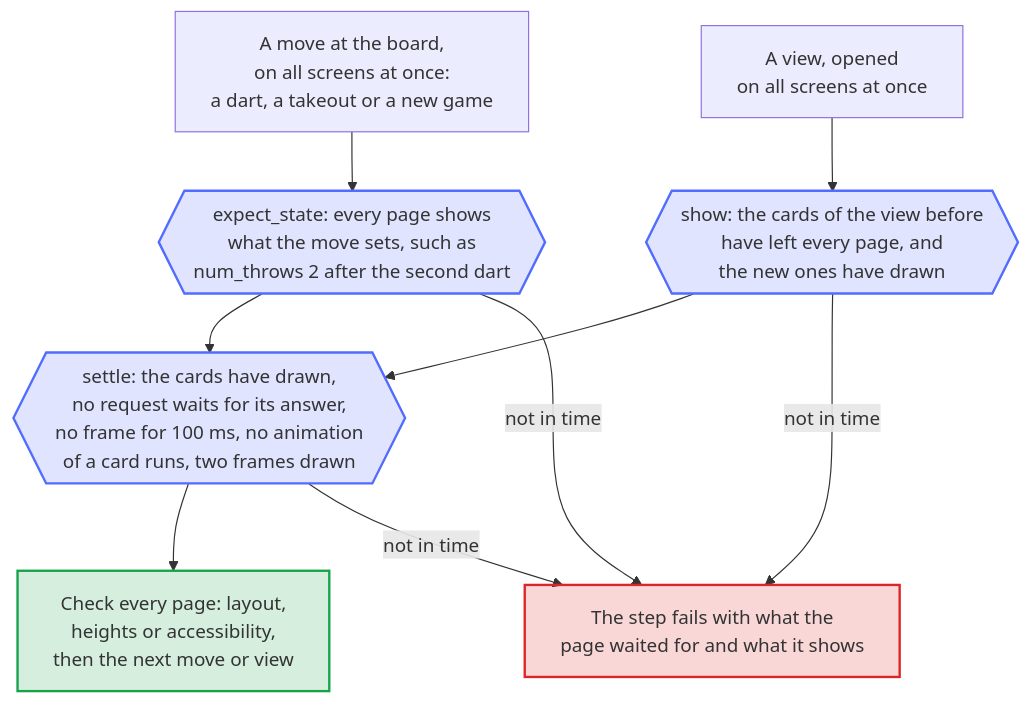
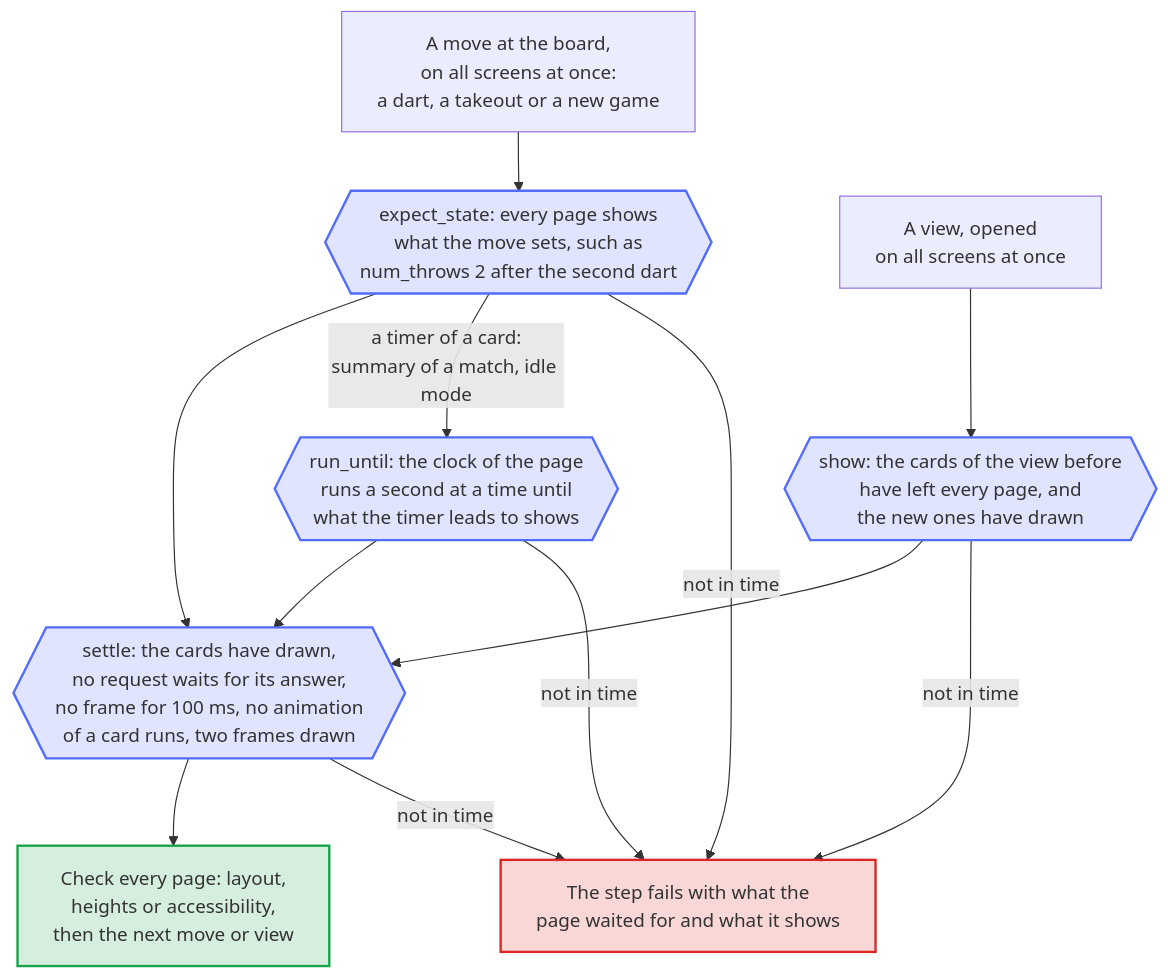
Before and after one commit to Dennis-Otto/ha-autodarts: the diagram in docs/diagrams/browser-waits.en.mmd, drawn with Mermaid. The commit also changed 10 other files, not shown here.

First line of the commit message:
test: the tablet and tournament browser steps fast-forward the clock (#419)

```diff
--- a/docs/diagrams/browser-waits.en.mmd
+++ b/docs/diagrams/browser-waits.en.mmd
@@ -1,24 +1,27 @@
 ---
 config:
   flowchart:
     wrappingWidth: 400
 ---
 flowchart TB
   accTitle: How the browser test waits
-  accDescr: All screens of a step are open at once. After a move at the board, such as a dart, the test waits with expect_state until every page shows the state the move sets, such as two darts in the visit. After a view it opens, it waits with show until the cards of the view before have left every page and the new ones have drawn. Then it waits until every page has settled - its cards drawn, no request on the websocket waiting for its answer, no frame for 100 ms, no animation of a card running, and two frames drawn. It then checks every page at once - the layout, the heights or the accessibility - and goes on with the next move or view. A page that does not get there fails the step with what it waited for.
+  accDescr: All screens of a step are open at once. After a move at the board, such as a dart, the test waits with expect_state until every page shows the state the move sets, such as two darts in the visit. After a view it opens, it waits with show until the cards of the view before have left every page and the new ones have drawn. When a move starts a timer of a card, such as the summary of a match or the time before idle mode, it runs the clock of the page forward with run_until, a second at a time, until what the timer leads to shows. Then it waits until every page has settled - its cards drawn, no request on the websocket waiting for its answer, no frame for 100 ms, no animation of a card running, and two frames drawn. It then checks every page at once - the layout, the heights or the accessibility - and goes on with the next move or view. A page that does not get there fails the step with what it waited for.
 
   MOVE["A move at the board,<br/>on all screens at once:<br/>a dart, a takeout or a new game"] --> STATE{{"expect_state: every page shows<br/>what the move sets, such as<br/>num_throws 2 after the second dart"}}
   VIEW["A view, opened<br/>on all screens at once"] --> SHOW{{"show: the cards of the view before<br/>have left every page, and<br/>the new ones have drawn"}}
   STATE --> SETTLE{{"settle: the cards have drawn,<br/>no request waits for its answer,<br/>no frame for 100 ms, no animation<br/>of a card runs, two frames drawn"}}
   SHOW --> SETTLE
+  STATE -- "a timer of a card:<br/>summary of a match, idle mode" --> RUN{{"run_until: the clock of the page<br/>runs a second at a time until<br/>what the timer leads to shows"}}
+  RUN --> SETTLE
   SETTLE --> CHECK["Check every page: layout,<br/>heights or accessibility,<br/>then the next move or view"]
   STATE -- "not in time" --> FAIL["The step fails with what the<br/>page waited for and what it shows"]
   SHOW -- "not in time" --> FAIL
   SETTLE -- "not in time" --> FAIL
+  RUN -- "not in time" --> FAIL
 
   classDef bot fill:#526cfe2e,stroke:#526cfe,stroke-width:2px
   classDef done fill:#16a34a2e,stroke:#16a34a,stroke-width:2px
   classDef failed fill:#dc26262e,stroke:#dc2626,stroke-width:2px
-  class STATE,SHOW,SETTLE bot
+  class STATE,SHOW,SETTLE,RUN bot
   class CHECK done
   class FAIL failed
```
